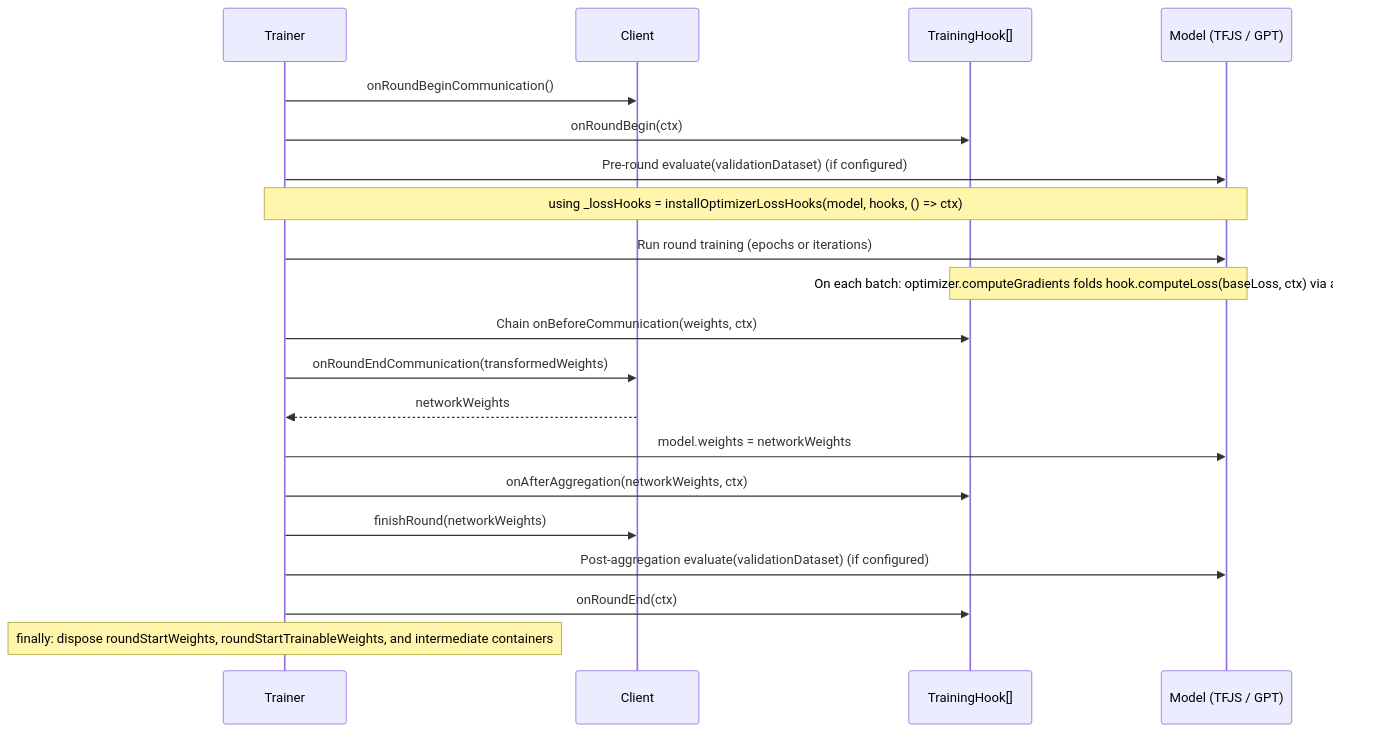
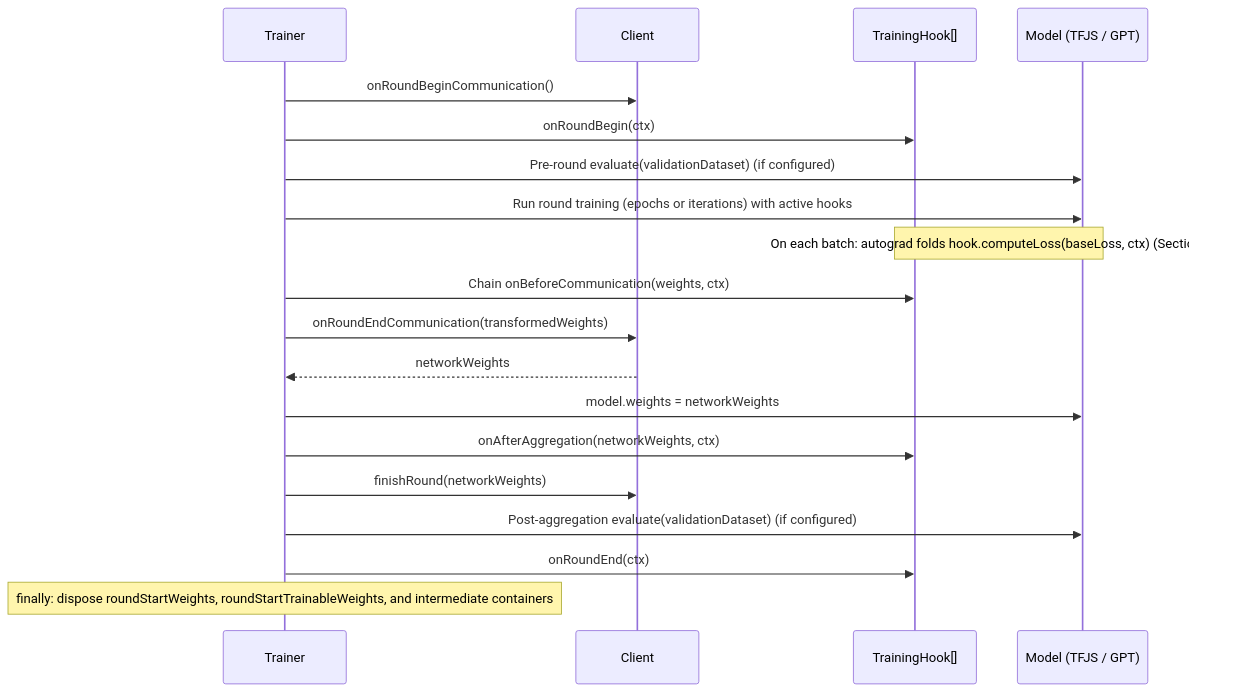
Before and after one commit to epfml/disco: the third of 3 diagrams in docs/TRAINING_ARCHITECTURE.md, drawn with Mermaid. The commit also changed other lines of this file, not shown here.

Commit message:
docs: compare TFJS autograd hook options and clarify client-side clipping

````diff
--- a/docs/TRAINING_ARCHITECTURE.md
+++ b/docs/TRAINING_ARCHITECTURE.md
@@ -421,23 +430,22 @@
 ```mermaid
 sequenceDiagram
     participant T as Trainer
     participant C as Client
     participant H as TrainingHook[]
     participant M as Model (TFJS / GPT)
 
     T->>C: onRoundBeginCommunication()
     T->>H: onRoundBegin(ctx)
     T->>M: Pre-round evaluate(validationDataset) (if configured)
-    Note over T,M: using _lossHooks = installOptimizerLossHooks(model, hooks, () => ctx)
-    T->>M: Run round training (epochs or iterations)
-    Note over M,H: On each batch: optimizer.computeGradients folds hook.computeLoss(baseLoss, ctx) via autograd
+    T->>M: Run round training (epochs or iterations) with active hooks
+    Note over M,H: On each batch: autograd folds hook.computeLoss(baseLoss, ctx) (Section 3.3)
     T->>H: Chain onBeforeCommunication(weights, ctx)
     T->>C: onRoundEndCommunication(transformedWeights)
     C-->>T: networkWeights
     T->>M: model.weights = networkWeights
     T->>H: onAfterAggregation(networkWeights, ctx)
     T->>C: finishRound(networkWeights)
     T->>M: Post-aggregation evaluate(validationDataset) (if configured)
     T->>H: onRoundEnd(ctx)
     Note over T: finally: dispose roundStartWeights, roundStartTrainableWeights, and intermediate containers
 ```
````
